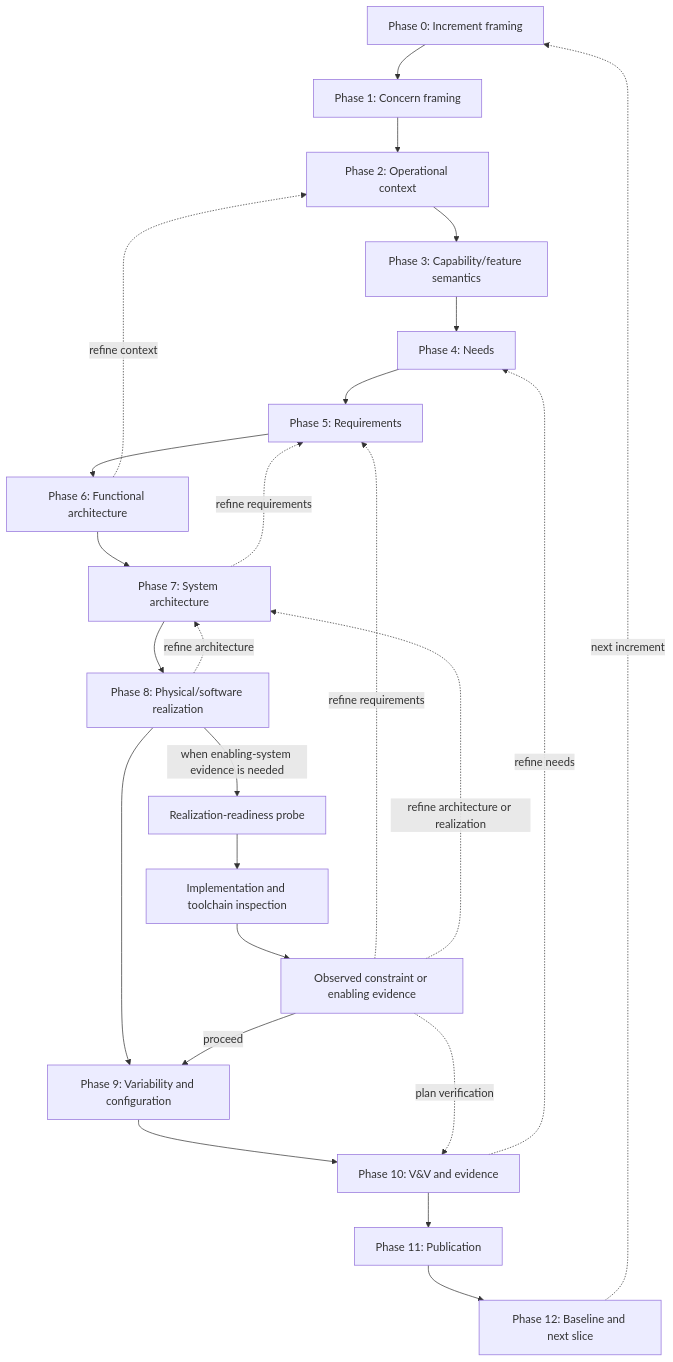
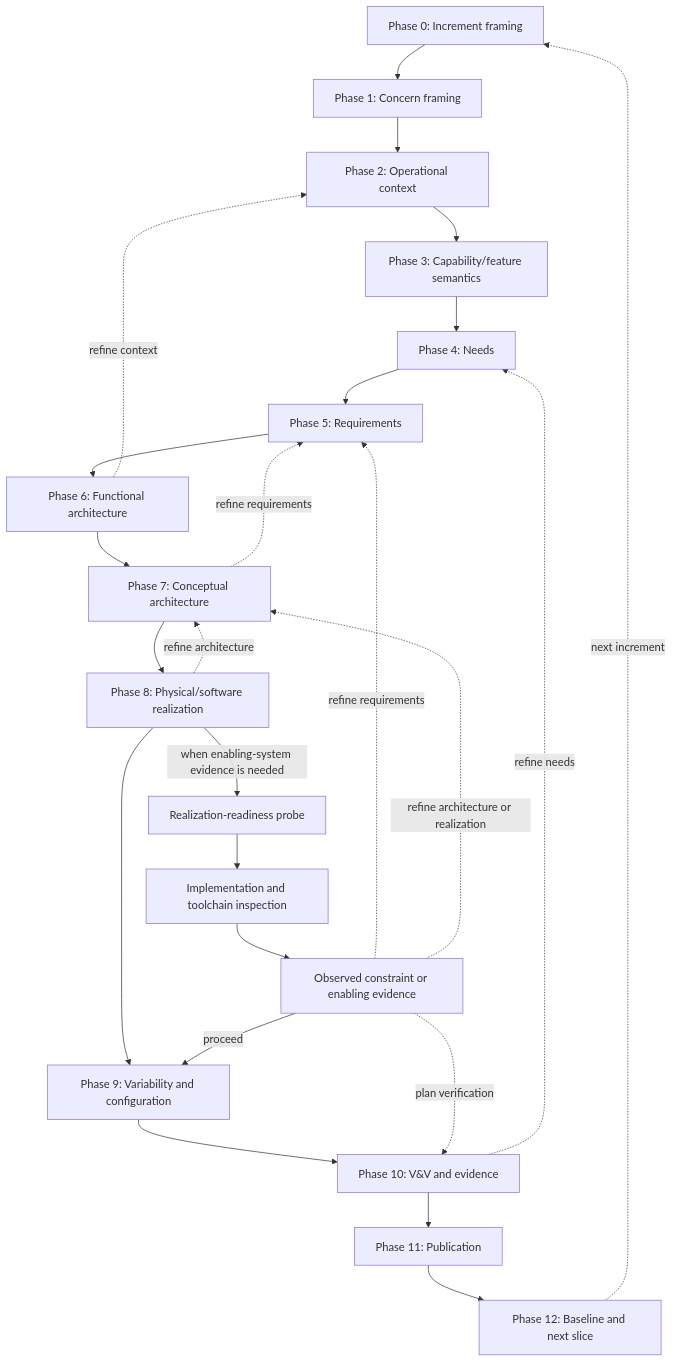
Before and after one commit to de4sdv/DE4SDV: the diagram in methodologies/sysmod-sysmlv2/process-mapping.md, drawn with Mermaid. The commit also changed other lines of this file and 22 other files, not shown here.

First line of the commit message:
refactor(saf): align phase and concerns with SAF Conceptual domain vocabulary

````diff
--- a/methodologies/sysmod-sysmlv2/process-mapping.md
+++ b/methodologies/sysmod-sysmlv2/process-mapping.md
@@ -65,34 +65,34 @@
 ```mermaid
 graph TD
     P0[Phase 0: Increment framing]
     P1[Phase 1: Concern framing]
     P2[Phase 2: Operational context]
     P3[Phase 3: Capability/feature semantics]
     P4[Phase 4: Needs]
     P5[Phase 5: Requirements]
     P6[Phase 6: Functional architecture]
-    P7[Phase 7: System architecture]
+    P7[Phase 7: Conceptual architecture]
     P8[Phase 8: Physical/software realization]
     P9[Phase 9: Variability and configuration]
     P10[Phase 10: V&V and evidence]
     P11[Phase 11: Publication]
     P12[Phase 12: Baseline and next slice]
 
     P0 --> P1 --> P2 --> P3 --> P4 --> P5
     P5 --> P6 --> P7 --> P8 --> P9 --> P10
     P10 --> P11 --> P12
     P12 -.->|"next increment"| P0
 
     P8 -->|"when enabling-system evidence is needed"| RP[Realization-readiness probe]
     RP --> RI[Implementation and toolchain inspection]
     RI --> RE[Observed constraint or enabling evidence]
     RE -->|"proceed"| P9
     RE -.->|"refine requirements"| P5
     RE -.->|"refine architecture or realization"| P7
     RE -.->|"plan verification"| P10
 
     P7 -.->|"refine requirements"| P5
     P8 -.->|"refine architecture"| P7
     P10 -.->|"refine needs"| P4
     P6 -.->|"refine context"| P2
 ```
````
